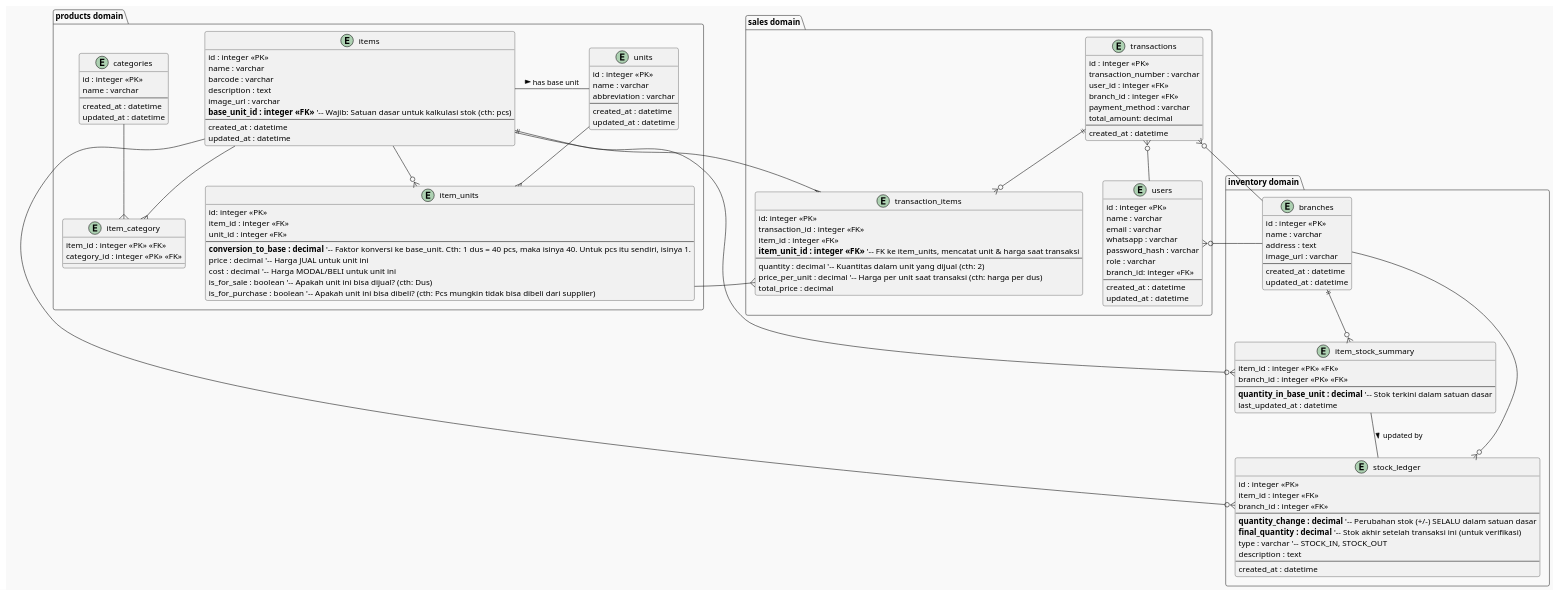
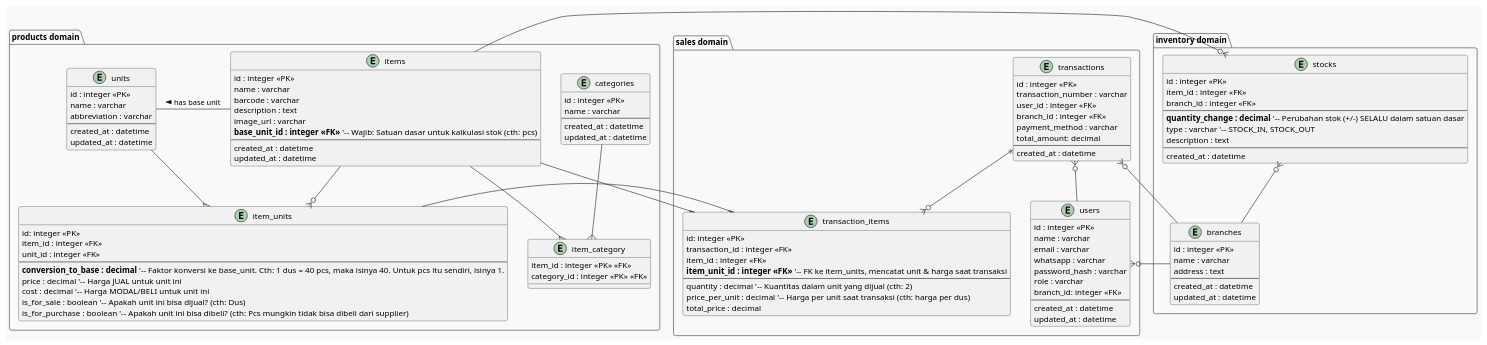
Before and after one commit to oskhar/payment-system: the diagram in docs/arch/erd.puml, drawn with PlantUML. The commit also changed 309 other files, not shown here.

```diff
--- a/docs/arch/erd.puml
+++ b/docs/arch/erd.puml
@@ -1,161 +1,147 @@
 @startuml
 !theme mars
 
 ' -- Penjelasan Perubahan Best Practice --
 ' 1. ITEMS memiliki "base_unit_id" sebagai satuan dasar wajib untuk kalkulasi stok.
 ' 2. ITEM_UNITS (menggantikan item_prices) adalah tabel pusat yang menyimpan harga JUAL/BELI per unit DAN faktor konversi ke satuan dasar.
-' 3. STOCK_LEDGER adalah buku besar (wajib audit) yang mencatat SEMUA pergerakan stok dalam SATUAN DASAR.
+' 3. STOCK adalah buku besar (wajib audit) yang mencatat SEMUA pergerakan stok dalam SATUAN DASAR.
 ' 4. ITEM_STOCK_SUMMARY adalah tabel ringkasan untuk performa query stok yang sangat cepat.
 ' 5. Penambahan struktur PURCHASE (Pemesanan Pembelian) untuk melengkapi alur masuk barang secara profesional.
 ' --
 
 package "products domain" {
   entity "categories" as cat {
     id : integer <<PK>>
     name : varchar
     --
     created_at : datetime
     updated_at : datetime
   }
 
   entity "items" as i {
     id : integer <<PK>>
     name : varchar
     barcode : varchar
     description : text
     image_url : varchar
     **base_unit_id : integer <<FK>>** '-- Wajib: Satuan dasar untuk kalkulasi stok (cth: pcs)
     --
     created_at : datetime
     updated_at : datetime
   }
 
   entity "item_category" as ic {
     item_id : integer <<PK>> <<FK>>
     category_id : integer <<PK>> <<FK>>
   }
 
   entity "item_units" as iu {
     id: integer <<PK>>
     item_id : integer <<FK>>
     unit_id : integer <<FK>>
     --
     **conversion_to_base : decimal** '-- Faktor konversi ke base_unit. Cth: 1 dus = 40 pcs, maka isinya 40. Untuk pcs itu sendiri, isinya 1.
     price : decimal '-- Harga JUAL untuk unit ini
     cost : decimal '-- Harga MODAL/BELI untuk unit ini
     is_for_sale : boolean '-- Apakah unit ini bisa dijual? (cth: Dus)
     is_for_purchase : boolean '-- Apakah unit ini bisa dibeli? (cth: Pcs mungkin tidak bisa dibeli dari supplier)
   }
 
   entity "units" as u {
     id : integer <<PK>>
     name : varchar
     abbreviation : varchar
     --
     created_at : datetime
     updated_at : datetime
   }
 }
 
 package "inventory domain" {
   entity "branches" as b {
     id : integer <<PK>>
     name : varchar
     address : text
-    image_url : varchar
     --
     created_at : datetime
     updated_at : datetime
   }
 
-  ' Best Practice: Tabel ringkasan untuk cek stok cepat
-  entity "item_stock_summary" as iss {
-    item_id : integer <<PK>> <<FK>>
-    branch_id : integer <<PK>> <<FK>>
-    --
-    **quantity_in_base_unit : decimal** '-- Stok terkini dalam satuan dasar
-    last_updated_at : datetime
-  }
-
   ' Best Practice: Buku besar semua transaksi stok (untuk audit)
-  entity "stock_ledger" as sl {
+  entity "stocks" as sl {
     id : integer <<PK>>
     item_id : integer <<FK>>
     branch_id : integer <<FK>>
     --
     **quantity_change : decimal** '-- Perubahan stok (+/-) SELALU dalam satuan dasar
-    **final_quantity : decimal** '-- Stok akhir setelah transaksi ini (untuk verifikasi)
     type : varchar '-- STOCK_IN, STOCK_OUT
     description : text
     --
     created_at : datetime
   }
 }
 
 ' ===================================
 ' ======== SALES (PENJUALAN) ========
 ' ===================================
 package "sales domain" {
   entity "users" as usr {
     id : integer <<PK>>
     name : varchar
     email : varchar
     whatsapp : varchar
     password_hash : varchar
     role : varchar
     branch_id: integer <<FK>>
     --
     created_at : datetime
     updated_at : datetime
   }
 
   entity "transactions" as t {
     id : integer <<PK>>
     transaction_number : varchar
     user_id : integer <<FK>>
     branch_id : integer <<FK>>
     payment_method : varchar
     total_amount: decimal
     --
     created_at : datetime
   }
 
   entity "transaction_items" as ti {
     id: integer <<PK>>
     transaction_id : integer <<FK>>
     item_id : integer <<FK>>
     **item_unit_id : integer <<FK>>** '-- FK ke item_units, mencatat unit & harga saat transaksi
     --
     quantity : decimal '-- Kuantitas dalam unit yang dijual (cth: 2)
     price_per_unit : decimal '-- Harga per unit saat transaksi (cth: harga per dus)
     total_price : decimal
   }
 }
 
 ' ===================================
 ' =========== RELATIONSHIPS =========
 ' ===================================
 ' Product Relationships
 i --{ ic
 cat --{ ic
 i --o{ iu
 u --{ iu
 i --right- u : "has base unit >"
 
 ' Inventory Relationships
-i ||--o{ iss
-b ||--o{ iss
 sl }o-- i
 sl }o-- b
-iss -- sl : "updated by >"
 
 ' Sales Relationships
 t }o-- usr
 t }o-- b
 t ||--o{ ti
 i --{ ti
 iu --{ ti
 
 ' User-Branch Relationship
 usr }o-- b
 @enduml
```
